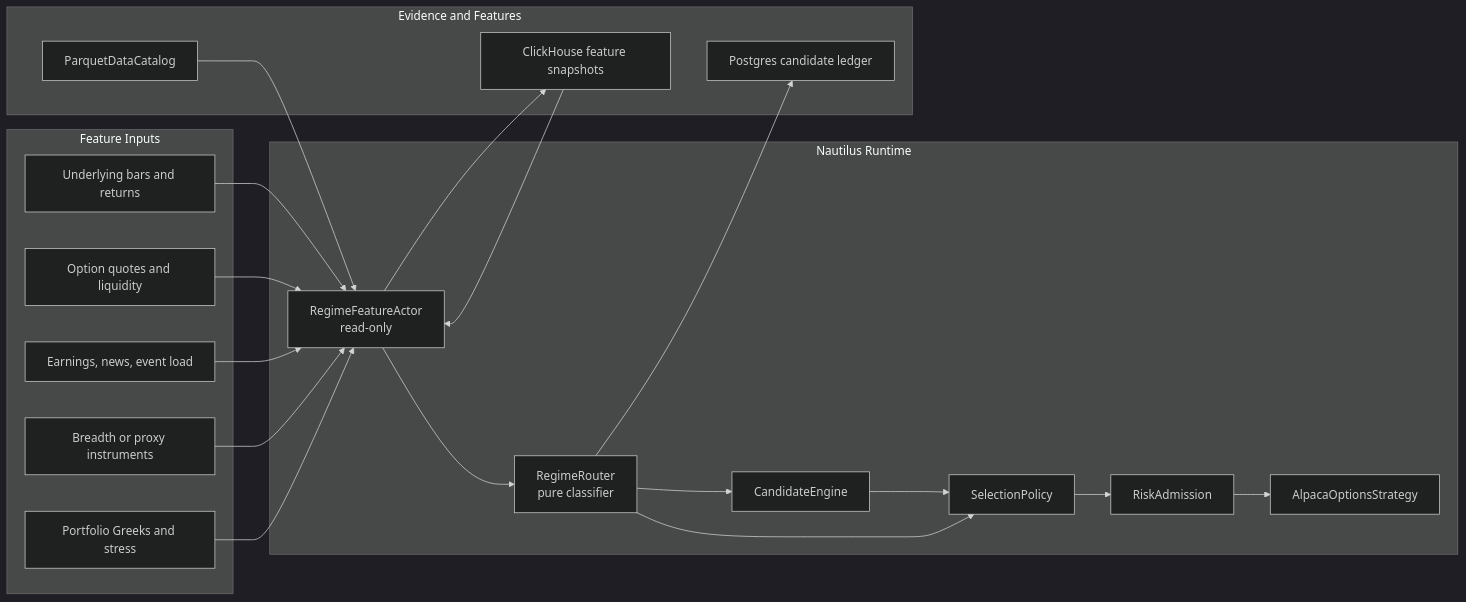
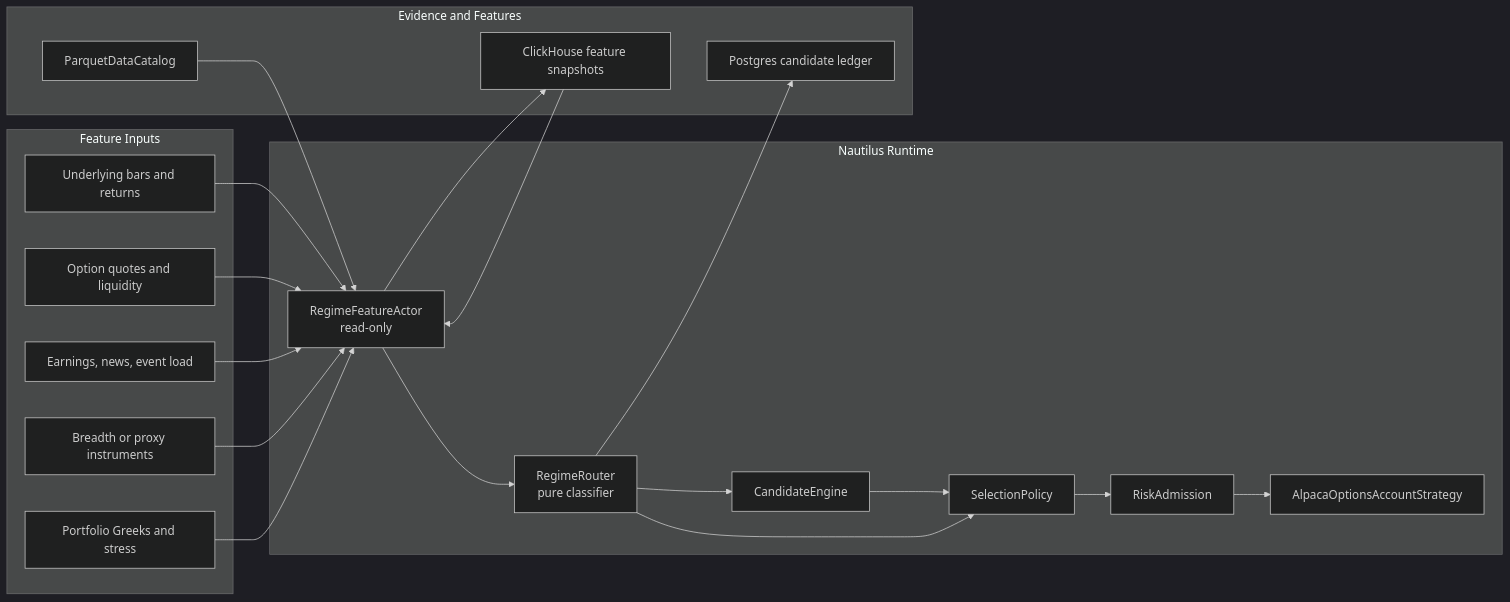
The first of 2 diagrams in docs/developer_guide/alpaca_regime_router.md (afrojuju1/nautilus_trader), drawn with Mermaid (dark theme) before and after one commit. The commit also changed other lines of this file and 32 other files, not shown here.

First line of the commit message:
Rearchitect Alpaca options runtime

````diff
--- a/docs/developer_guide/alpaca_regime_router.md
+++ b/docs/developer_guide/alpaca_regime_router.md
@@ -71,41 +71,41 @@
 ```mermaid
 flowchart LR
     subgraph Inputs ["Feature Inputs"]
         Bars["Underlying bars and returns"]
         Quotes["Option quotes and liquidity"]
         Events["Earnings, news, event load"]
         Breadth["Breadth or proxy instruments"]
         Portfolio["Portfolio Greeks and stress"]
     end
 
     subgraph Runtime ["Nautilus Runtime"]
         FeatureActor["RegimeFeatureActor<br/>read-only"]
         Router["RegimeRouter<br/>pure classifier"]
         CandidateEngine["CandidateEngine"]
         SelectionPolicy["SelectionPolicy"]
         RiskAdmission["RiskAdmission"]
-        EntryStrategy["AlpacaOptionsStrategy"]
+        EntryStrategy["AlpacaOptionsAccountStrategy"]
     end
 
     subgraph Storage ["Evidence and Features"]
         Catalog["ParquetDataCatalog"]
         ClickHouse["ClickHouse feature snapshots"]
         Postgres["Postgres candidate ledger"]
     end
 
     Bars --> FeatureActor
     Quotes --> FeatureActor
     Events --> FeatureActor
     Breadth --> FeatureActor
     Portfolio --> FeatureActor
     Catalog --> FeatureActor
     ClickHouse --> FeatureActor
     FeatureActor --> Router
     Router --> CandidateEngine
     CandidateEngine --> SelectionPolicy
     Router --> SelectionPolicy
     SelectionPolicy --> RiskAdmission
     RiskAdmission --> EntryStrategy
     Router --> Postgres
     FeatureActor --> ClickHouse
 ```
````
